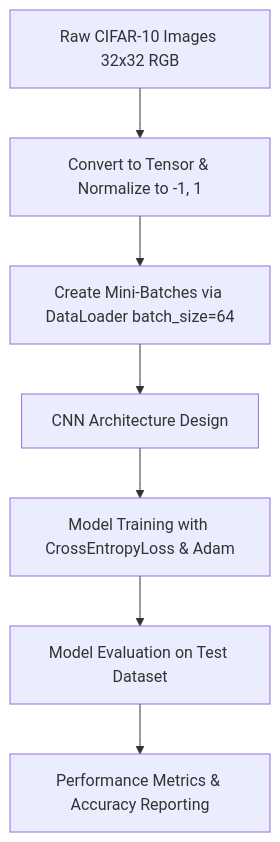
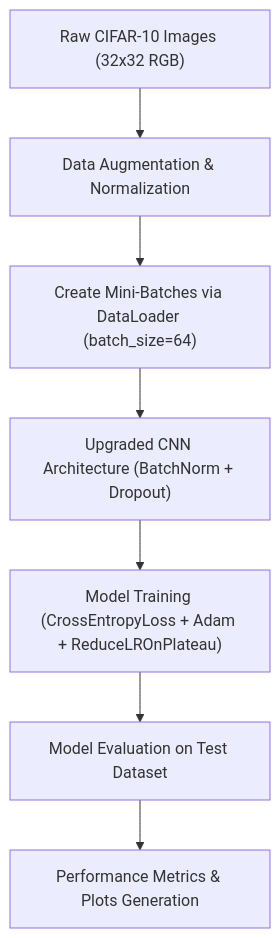
Before and after one commit to sanjaynayak1224/Convolutional_Neural_Networks-Image_Classification: the diagram in README.md, drawn with Mermaid. The commit also changed other lines of this file and 8 other files, not shown here.

````diff
--- a/README.md
+++ b/README.md
@@ -16,9 +16,9 @@
 ```mermaid
 graph TD
-    A[Raw CIFAR-10 Images 32x32 RGB] --> B[Convert to Tensor & Normalize to -1, 1]
-    B --> C[Create Mini-Batches via DataLoader batch_size=64]
-    C --> D[CNN Architecture Design]
-    D --> E[Model Training with CrossEntropyLoss & Adam]
-    E --> F[Model Evaluation on Test Dataset]
-    F --> G[Performance Metrics & Accuracy Reporting]
+    A["Raw CIFAR-10 Images (32x32 RGB)"] --> B["Data Augmentation & Normalization"]
+    B --> C["Create Mini-Batches via DataLoader (batch_size=64)"]
+    C --> D["Upgraded CNN Architecture (BatchNorm + Dropout)"]
+    D --> E["Model Training (CrossEntropyLoss + Adam + ReduceLROnPlateau)"]
+    E --> F["Model Evaluation on Test Dataset"]
+    F --> G["Performance Metrics & Plots Generation"]
 ```
````
